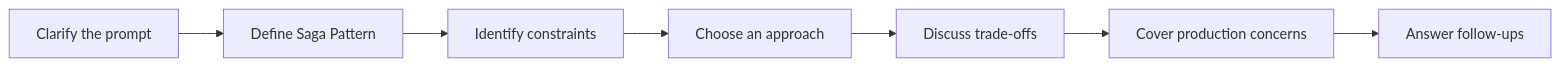
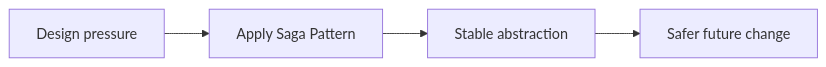
The third of 3 diagrams in fundamentals/patterns/saga/index.md (abstractinterviews/abstractinterviews.github.io), drawn with Mermaid before and after one commit. The commit also changed other lines of this file and 278 other files, not shown here.

````diff
--- a/fundamentals/patterns/saga/index.md
+++ b/fundamentals/patterns/saga/index.md
@@ -100,9 +113,6 @@
-~~~mermaid
+```mermaid
 flowchart LR
-    A["Clarify the prompt"] --> B["Define Saga Pattern"]
-    B --> C["Identify constraints"]
-    C --> D["Choose an approach"]
-    D --> E["Discuss trade-offs"]
-    E --> F["Cover production concerns"]
-    F --> G["Answer follow-ups"]
-~~~
+    Smell["Design pressure"] --> Pattern["Apply Saga Pattern"]
+    Pattern --> Boundary["Stable abstraction"]
+    Boundary --> Change["Safer future change"]
+```
````
